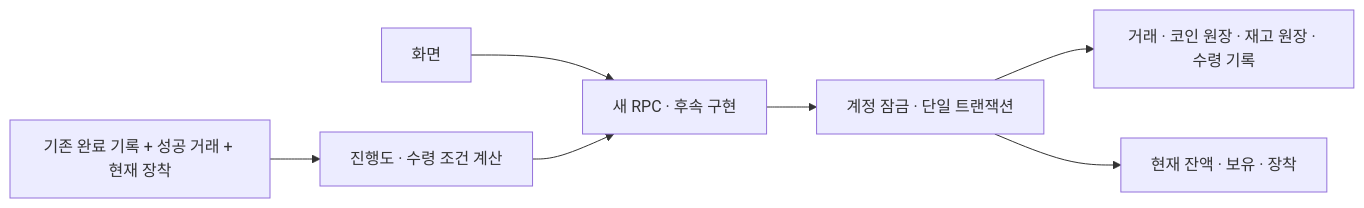
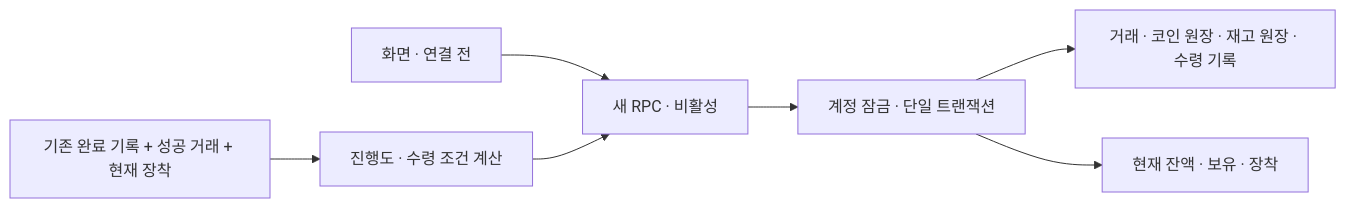
The diagram in docs/achievement-server-design.md (xivnick/vodka-puzzle), drawn with Mermaid before and after one commit. The commit also changed other lines of this file and 6 other files, not shown here.

````diff
--- a/docs/achievement-server-design.md
+++ b/docs/achievement-server-design.md
@@ -18,9 +18,9 @@
 ```mermaid
 flowchart LR
-  UI[화면] --> RPC[새 RPC · 후속 구현]
+  UI[화면 · 연결 전] --> RPC[새 RPC · 비활성]
   RPC --> TX[계정 잠금 · 단일 트랜잭션]
   TX --> LOG[거래 · 코인 원장 · 재고 원장 · 수령 기록]
   TX --> STATE[현재 잔액 · 보유 · 장착]
   SOURCE[기존 완료 기록 + 성공 거래 + 현재 장착] --> ELIGIBILITY[진행도 · 수령 조건 계산]
   ELIGIBILITY --> RPC
 ```
````
